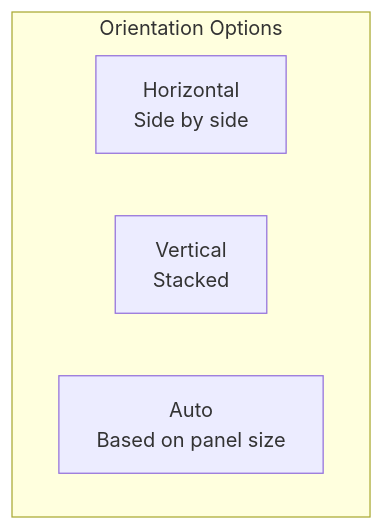
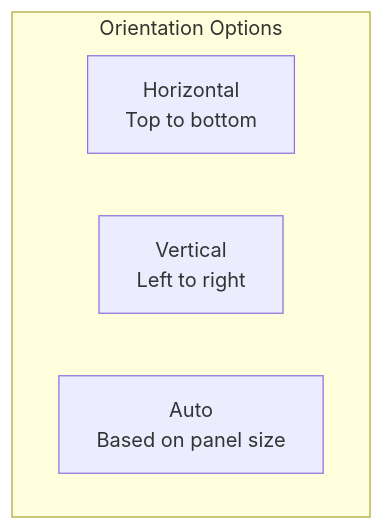
Before and after one commit to OneUptime/blog: the fifth of 5 diagrams in posts/2026-01-30-grafana-gauge-configurations/README.md, drawn with Mermaid. The commit also changed other lines of this file and 2 other files, not shown here.

````diff
--- a/posts/2026-01-30-grafana-gauge-configurations/README.md
+++ b/posts/2026-01-30-grafana-gauge-configurations/README.md
@@ -487,9 +488,9 @@
 ```mermaid
 flowchart TB
     subgraph Orientation["Orientation Options"]
         direction LR
-        H["Horizontal<br/>Side by side"]
-        V["Vertical<br/>Stacked"]
+        H["Horizontal<br/>Top to bottom"]
+        V["Vertical<br/>Left to right"]
         A["Auto<br/>Based on panel size"]
     end
 ```
````
